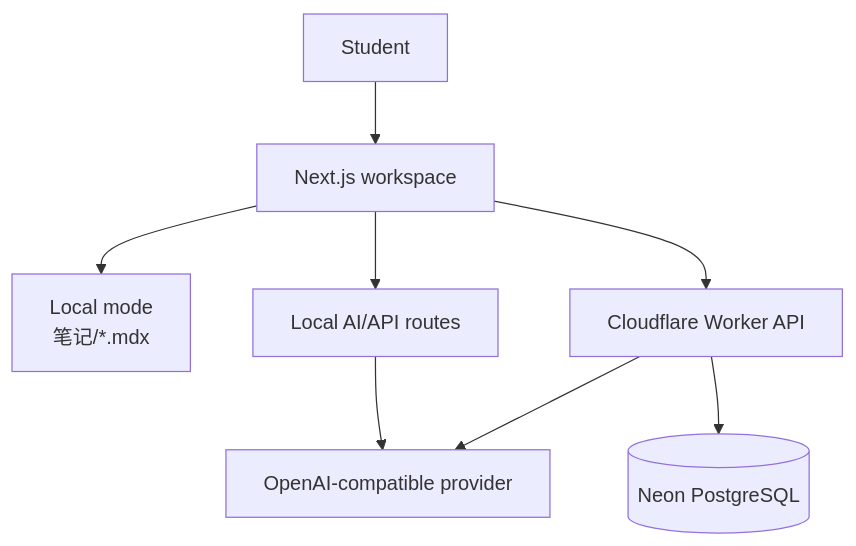
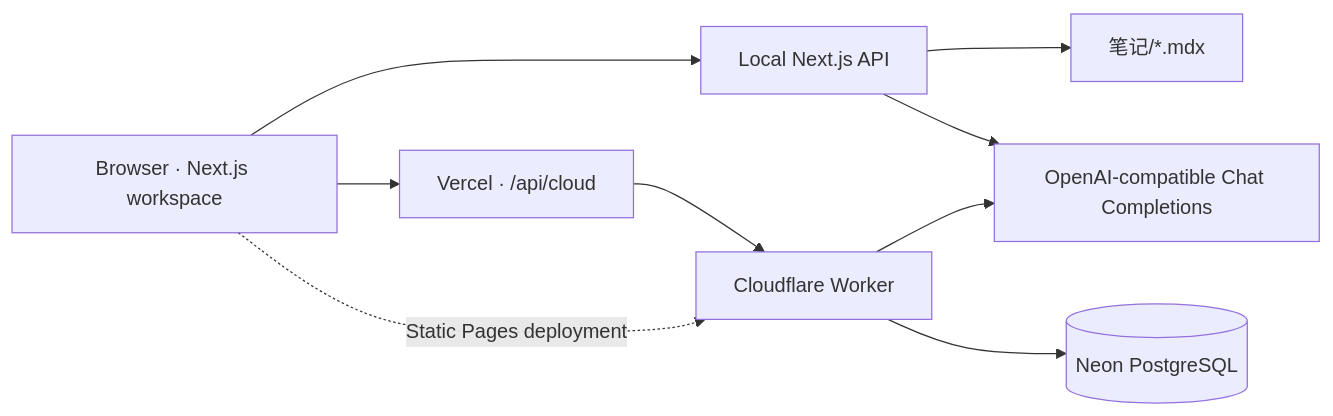
Before and after one commit to YanYihann/YYnotes: the diagram in README.md, drawn with Mermaid. The commit also changed other lines of this file and 3157 other files, not shown here.

````diff
--- a/README.md
+++ b/README.md
@@ -44,10 +79,11 @@
 ```mermaid
-flowchart TB
-  U["Student"] --> N["Next.js workspace"]
-  N --> L["Local mode<br/>笔记/*.mdx"]
-  N --> A["Local AI/API routes"]
-  N --> W["Cloudflare Worker API"]
-  W --> D[(Neon PostgreSQL)]
-  A --> O["OpenAI-compatible provider"]
-  W --> O
+flowchart LR
+    Browser["Browser · Next.js workspace"] --> Local["Local Next.js API"]
+    Local --> Files["笔记/*.mdx"]
+    Browser --> Proxy["Vercel · /api/cloud"]
+    Proxy --> Worker["Cloudflare Worker"]
+    Browser -. "Static Pages deployment" .-> Worker
+    Worker --> DB[(Neon PostgreSQL)]
+    Local --> AI["OpenAI-compatible Chat Completions"]
+    Worker --> AI
 ```
````
